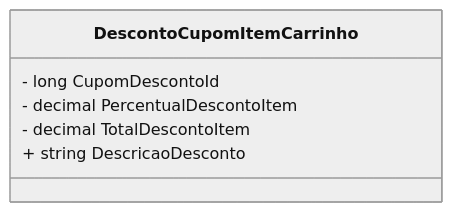
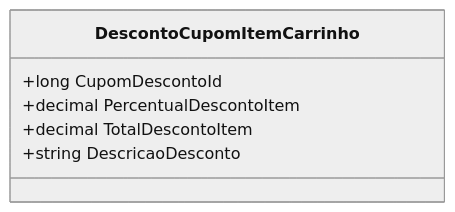
One commit to IsthmusSistemas/documentacao-tecnica changed the diagram in docs/b2b-dominio/IsthmusWinthor.Nucleo/IsthmusWinthor.Dominio/POCO/Carrinho/DescontoCupomItemCarrinho.md. Above: the diagram before and after it, drawn with Mermaid (neutral theme). The commit also changed other lines of this file and 882 other files, not shown here.

````diff
--- a/docs/b2b-dominio/IsthmusWinthor.Nucleo/IsthmusWinthor.Dominio/POCO/Carrinho/DescontoCupomItemCarrinho.md
+++ b/docs/b2b-dominio/IsthmusWinthor.Nucleo/IsthmusWinthor.Dominio/POCO/Carrinho/DescontoCupomItemCarrinho.md
@@ -35,9 +35,9 @@
 ```mermaid
 classDiagram
     class DescontoCupomItemCarrinho {
-        - long CupomDescontoId
-        - decimal PercentualDescontoItem
-        - decimal TotalDescontoItem
-        + string DescricaoDesconto
+        +long CupomDescontoId
+        +decimal PercentualDescontoItem
+        +decimal TotalDescontoItem
+        +string DescricaoDesconto
     }
-``` 
+```
````
